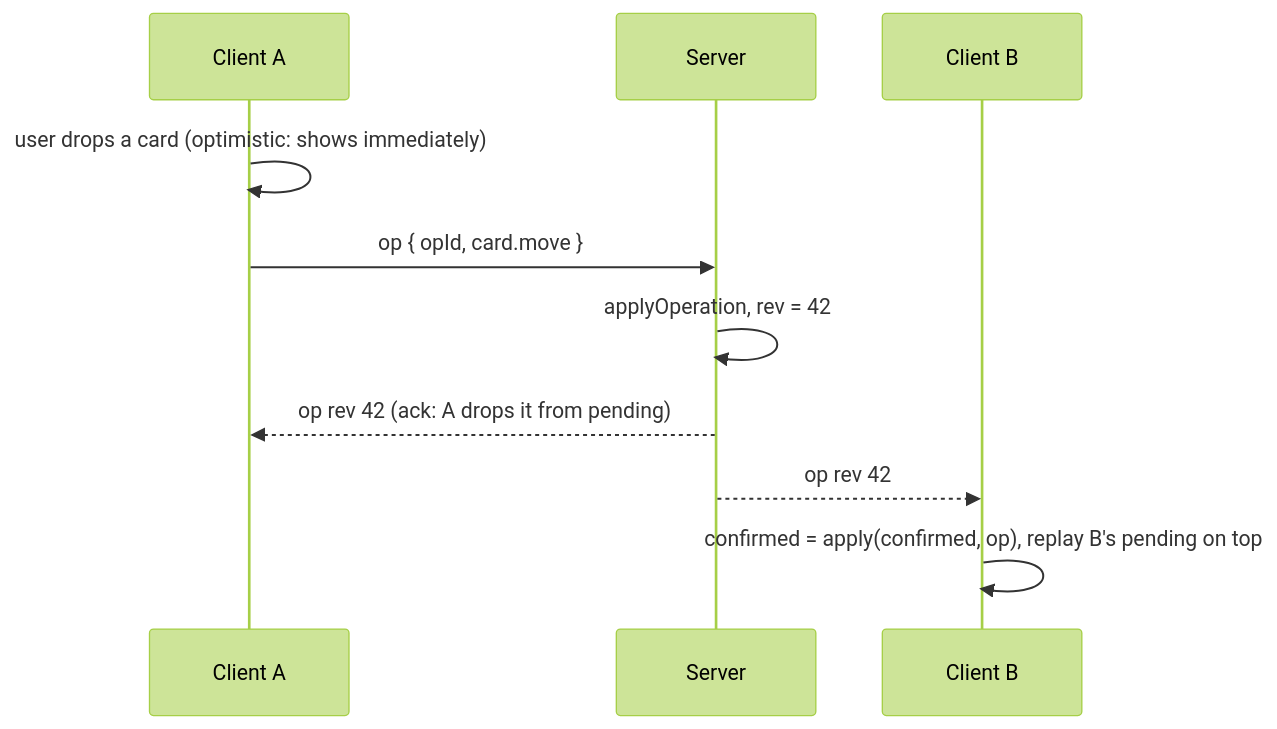
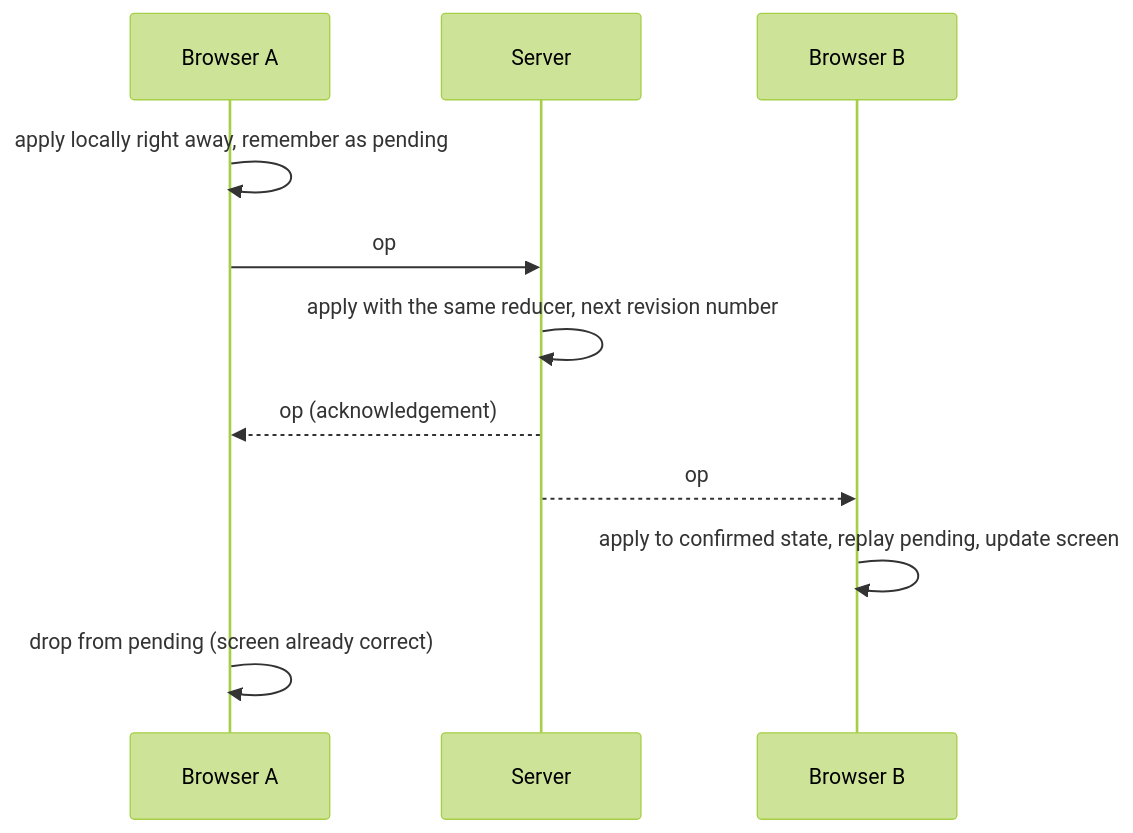
Before and after one commit to Akanimo-Umoh/collab-board: the third of 3 diagrams in README.md, drawn with Mermaid (forest theme). The commit also changed other lines of this file, not shown here.

````diff
--- a/README.md
+++ b/README.md
@@ -211,13 +201,13 @@
 ```mermaid
 sequenceDiagram
-  participant A as Client A
+  participant A as Browser A
   participant S as Server
-  participant B as Client B
-
-  A->>A: user drops a card (optimistic: shows immediately)
-  A->>S: op { opId, card.move }
-  S->>S: applyOperation, rev = 42
-  S-->>A: op rev 42 (ack: A drops it from pending)
-  S-->>B: op rev 42
-  B->>B: confirmed = apply(confirmed, op), replay B's pending on top
+  participant B as Browser B
+  A->>A: apply locally right away, remember as pending
+  A->>S: op
+  S->>S: apply with the same reducer, next revision number
+  S-->>A: op (acknowledgement)
+  S-->>B: op
+  B->>B: apply to confirmed state, replay pending, update screen
+  A->>A: drop from pending (screen already correct)
 ```
````
